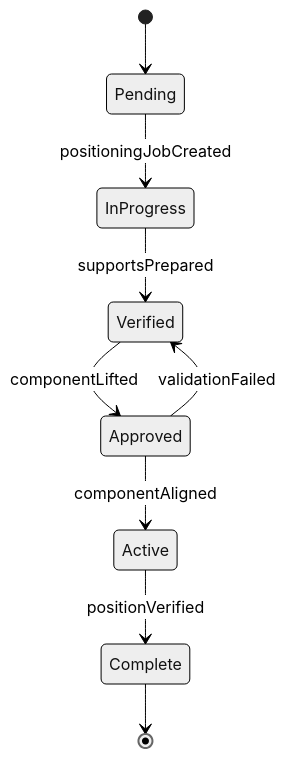
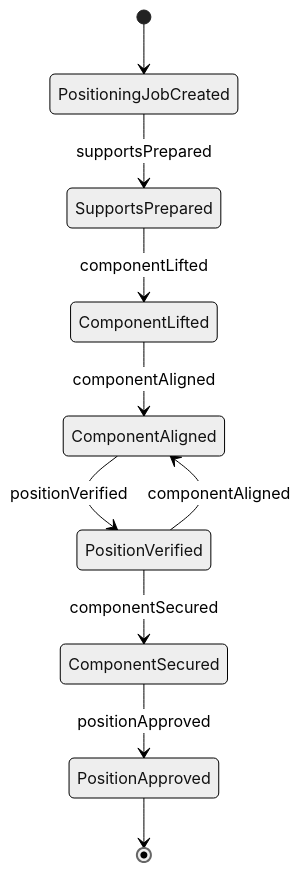
Before and after one commit to dot-org-ai/tasks.org.ai: the second of 4 diagrams in HandlingAndMovingObjects/PositionMaterialsOrComponentsForAssembly/PositionStructuralComponents.mdx, drawn with Mermaid (neutral theme). The commit also changed other lines of this file and 515 other files, not shown here.

````diff
--- a/HandlingAndMovingObjects/PositionMaterialsOrComponentsForAssembly/PositionStructuralComponents.mdx
+++ b/HandlingAndMovingObjects/PositionMaterialsOrComponentsForAssembly/PositionStructuralComponents.mdx
@@ -99,11 +99,12 @@
 ```mermaid
 stateDiagram-v2
-    [*] --> Pending
-    Pending --> InProgress : positioningJobCreated
-    InProgress --> Verified : supportsPrepared
-    Verified --> Approved : componentLifted
-    Approved --> Active : componentAligned
-    Active --> Complete : positionVerified
-    Approved --> Verified : validationFailed
-    Complete --> [*]
+    [*] --> PositioningJobCreated
+    PositioningJobCreated --> SupportsPrepared : supportsPrepared
+    SupportsPrepared --> ComponentLifted : componentLifted
+    ComponentLifted --> ComponentAligned : componentAligned
+    ComponentAligned --> PositionVerified : positionVerified
+    PositionVerified --> ComponentAligned : componentAligned
+    PositionVerified --> ComponentSecured : componentSecured
+    ComponentSecured --> PositionApproved : positionApproved
+    PositionApproved --> [*]
 ```
````
